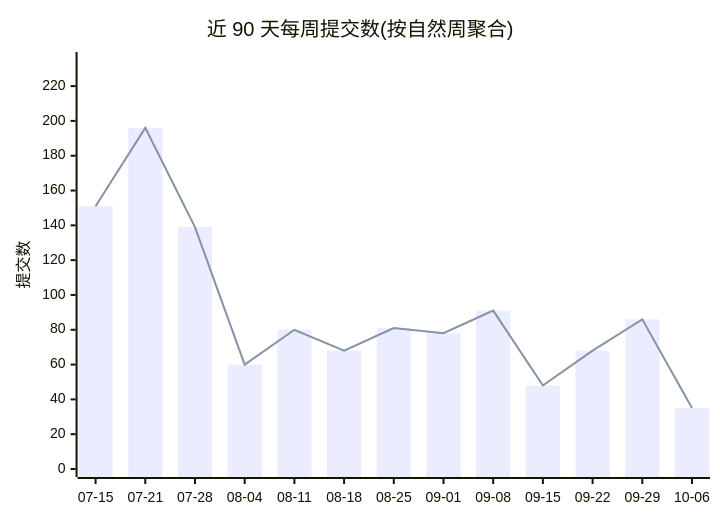
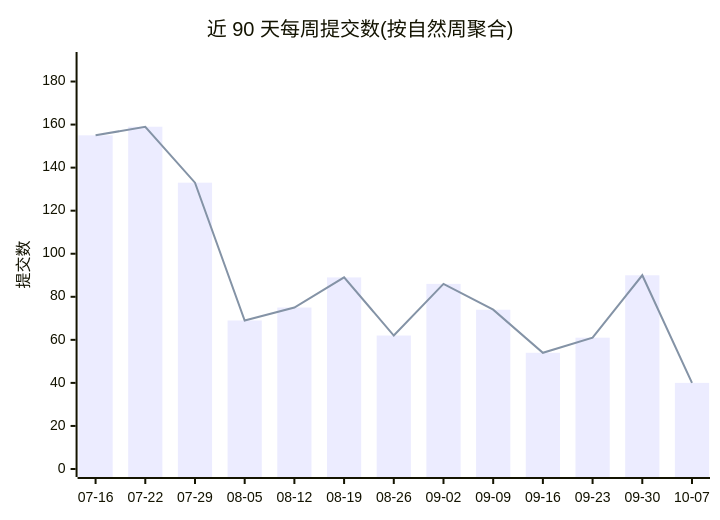
One commit to Conflux-Union/.github changed the first of 2 diagrams in profile/README.md. Above: the diagram before and after it, drawn with Mermaid. The commit also changed other lines of this file and 1 other file, not shown here.

````diff
--- a/profile/README.md
+++ b/profile/README.md
@@ -44,8 +44,8 @@
 ```mermaid
 xychart-beta
     title "近 90 天每周提交数(按自然周聚合)"
-    x-axis ["07-15", "07-21", "07-28", "08-04", "08-11", "08-18", "08-25", "09-01", "09-08", "09-15", "09-22", "09-29", "10-06"]
-    y-axis "提交数" 0 --> 235
-    bar [151, 196, 139, 60, 80, 68, 81, 78, 91, 48, 68, 86, 35]
-    line [151, 196, 139, 60, 80, 68, 81, 78, 91, 48, 68, 86, 35]
+    x-axis ["07-16", "07-22", "07-29", "08-05", "08-12", "08-19", "08-26", "09-02", "09-09", "09-16", "09-23", "09-30", "10-07"]
+    y-axis "提交数" 0 --> 190
+    bar [155, 159, 133, 69, 75, 89, 62, 86, 74, 54, 61, 90, 40]
+    line [155, 159, 133, 69, 75, 89, 62, 86, 74, 54, 61, 90, 40]
 ```
````
